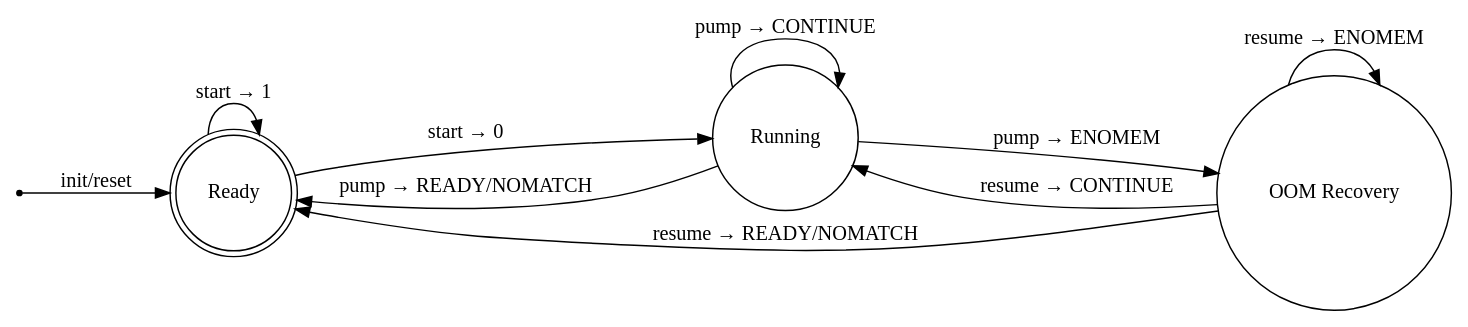
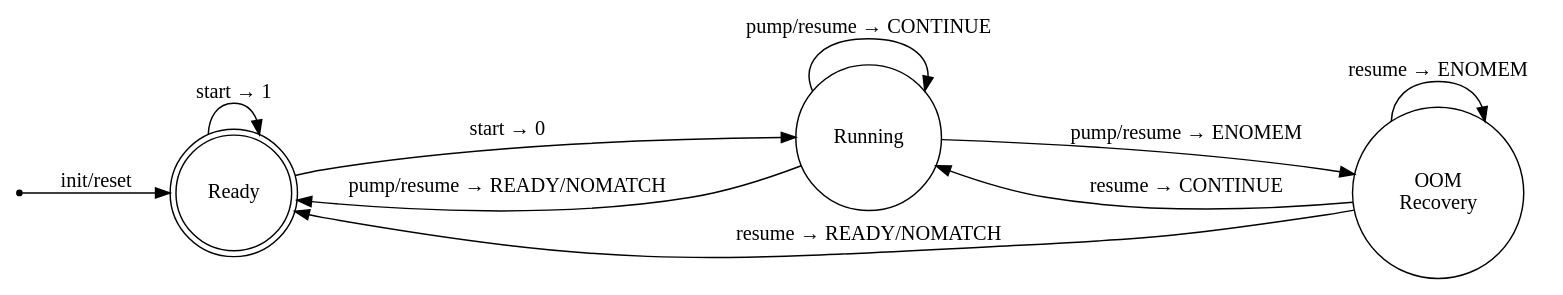
One commit to ardatrkmnoglu/rdesc changed the diagram in docs/parser-state-machine.dot. Above: the diagram before and after it, drawn with Graphviz. The commit also changed 3 other files, not shown here.

```diff
--- a/docs/parser-state-machine.dot
+++ b/docs/parser-state-machine.dot
@@ -1,23 +1,23 @@
 digraph parser_state_machine {
     node [shape = "circle"];
 
     dot [shape = "point"];
     dot -> ready [label = "init/reset"]
 
     rankdir = LR;
 
     ready [label = "Ready", peripheries = 2];
     running [label = "Running"];
-    nomem [label = "OOM Recovery"];
+    nomem [label = "OOM\nRecovery"];
 
     ready -> running [label = "start → 0"];
     ready -> ready [label = "start → 1"];
 
-    running -> ready [label = "pump → READY/NOMATCH"];
-    running -> running [label = "pump → CONTINUE"];
-    running -> nomem [label = "pump → ENOMEM"];
+    running -> ready [label = "pump/resume → READY/NOMATCH"];
+    running -> running [label = "pump/resume → CONTINUE"];
+    running -> nomem [label = "pump/resume → ENOMEM"];
 
     nomem -> nomem [label = "resume → ENOMEM"];
     nomem -> running [label = "resume → CONTINUE"];
     nomem -> ready [label = "resume → READY/NOMATCH"];
 }
```
